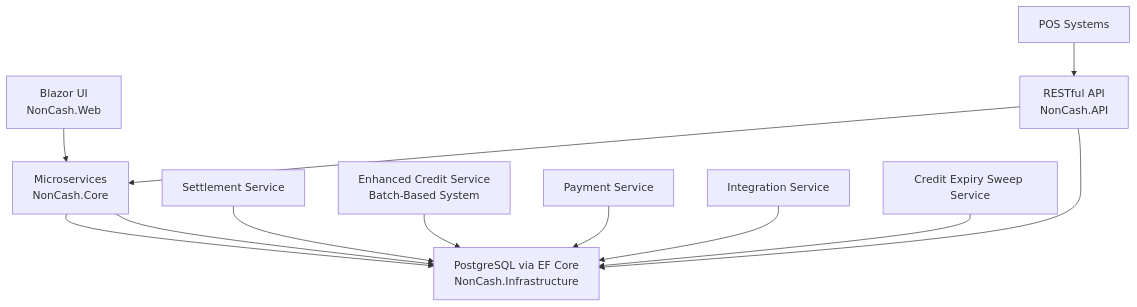
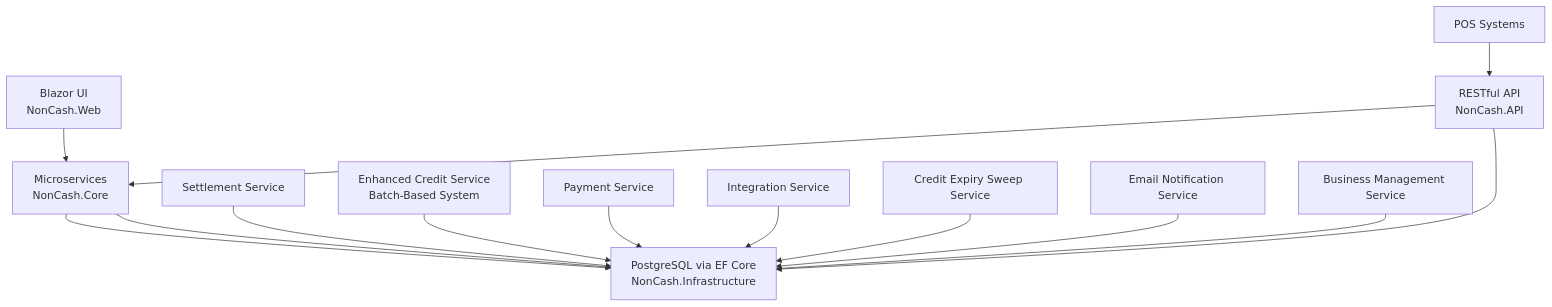
Before and after one commit to lamhongbac/NonCash: the second of 23 diagrams in .qoder/repowiki/en/content/Business Logic and Workflows/Business Logic and Workflows.md, drawn with Mermaid. The commit also changed other lines of this file and 36 other files, not shown here.

````diff
--- a/.qoder/repowiki/en/content/Business Logic and Workflows/Business Logic and Workflows.md
+++ b/.qoder/repowiki/en/content/Business Logic and Workflows/Business Logic and Workflows.md
@@ -165,14 +170,16 @@
 ```mermaid
 graph TB
 UI["Blazor UI<br/>NonCash.Web"] --> BLL["Microservices<br/>NonCash.Core"]
 BLL --> DAL["PostgreSQL via EF Core<br/>NonCash.Infrastructure"]
 POS["POS Systems"] --> API["RESTful API<br/>NonCash.API"]
 API --> BLL
 API --> DAL
 BLL --> DAL
 SETTLEMENT["Settlement Service"] --> DAL
 CREDIT["Enhanced Credit Service<br/>Batch-Based System"] --> DAL
 PAYMENT["Payment Service"] --> DAL
 INTEGRATION["Integration Service"] --> DAL
 EXPIRY["Credit Expiry Sweep Service"] --> DAL
+EMAIL["Email Notification Service"] --> DAL
+BUSINESS["Business Management Service"] --> DAL
 ```
````
